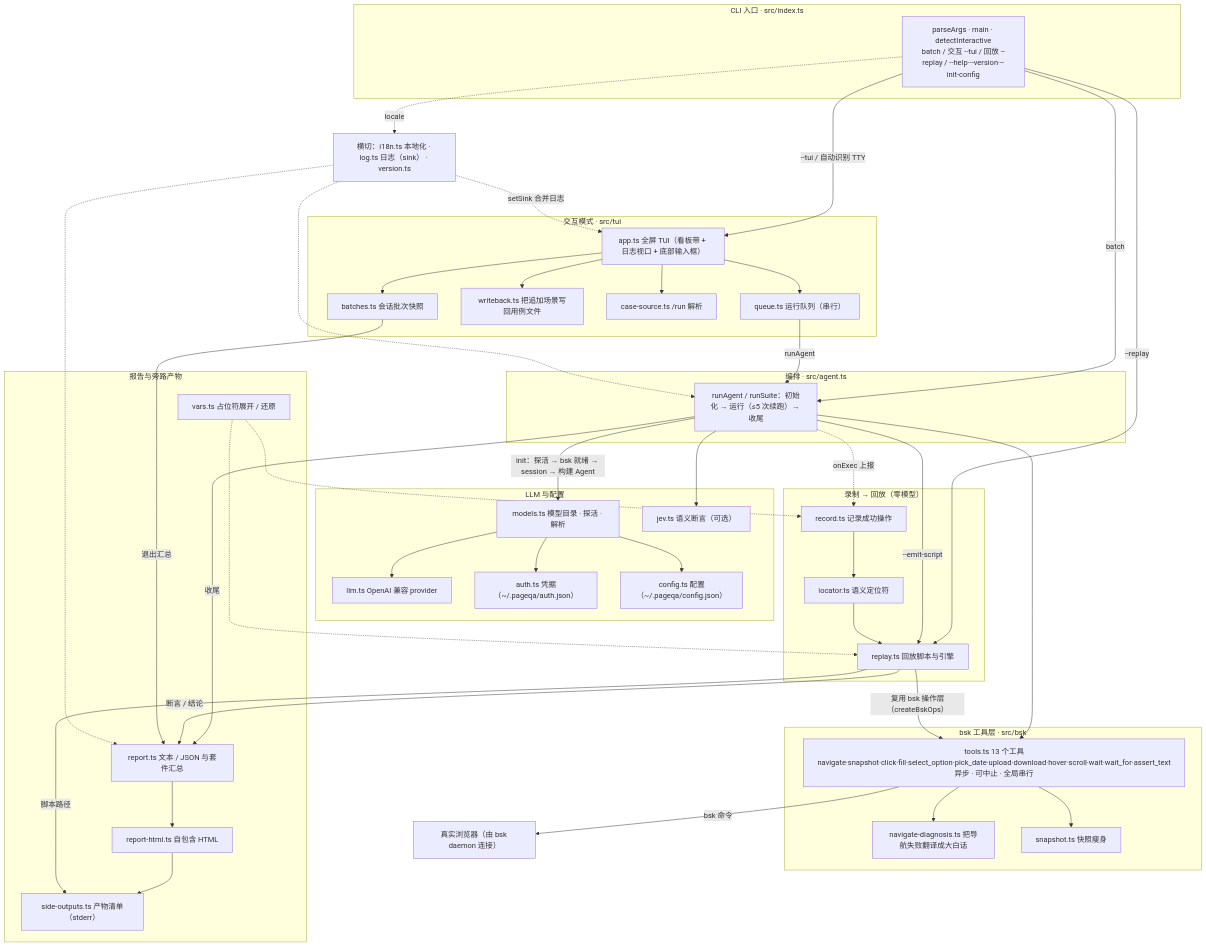
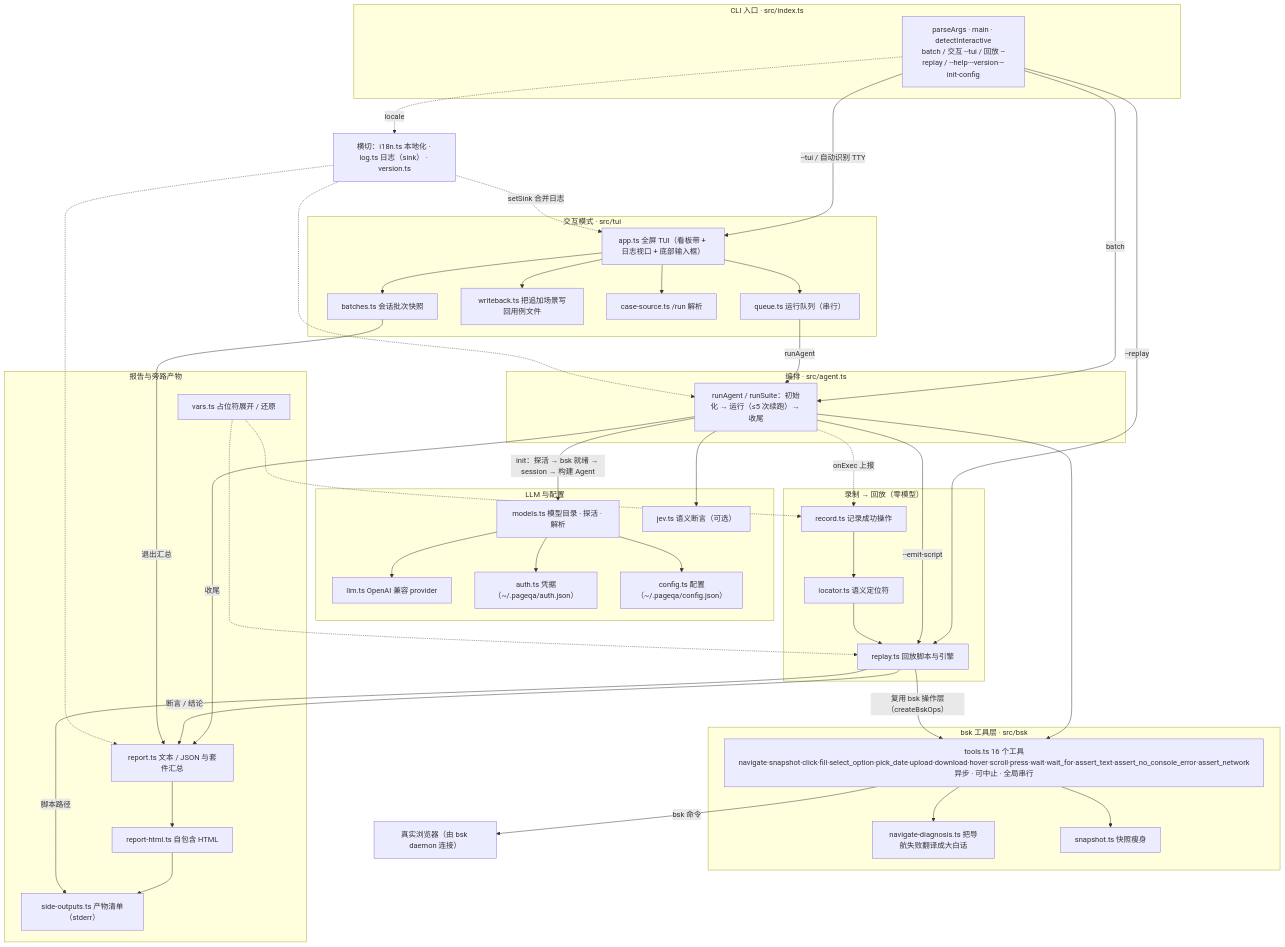
Before and after one commit to klren0312/pageqa: the diagram in README.zh-CN.md, drawn with Mermaid. The commit also changed other lines of this file and 14 other files, not shown here.

First line of the commit message:
feat(bsk): press 键盘工具、原生对话框回显与浏览器侧断言（console / network）

```diff
--- a/README.zh-CN.md
+++ b/README.zh-CN.md
@@ -255,7 +255,7 @@
   end
 
   subgraph BSK["bsk 工具层 · src/bsk"]
-    TOOLS["tools.ts 13 个工具<br/>navigate·snapshot·click·fill·select_option·pick_date·upload·download·hover·scroll·wait·wait_for·assert_text<br/>异步 · 可中止 · 全局串行"]
+    TOOLS["tools.ts 16 个工具<br/>navigate·snapshot·click·fill·select_option·pick_date·upload·download·hover·scroll·press·wait·wait_for·assert_text·assert_no_console_error·assert_network<br/>异步 · 可中止 · 全局串行"]
     DIAG["navigate-diagnosis.ts 把导航失败翻译成大白话"]
     SNAP["snapshot.ts 快照瘦身"]
   end
```
